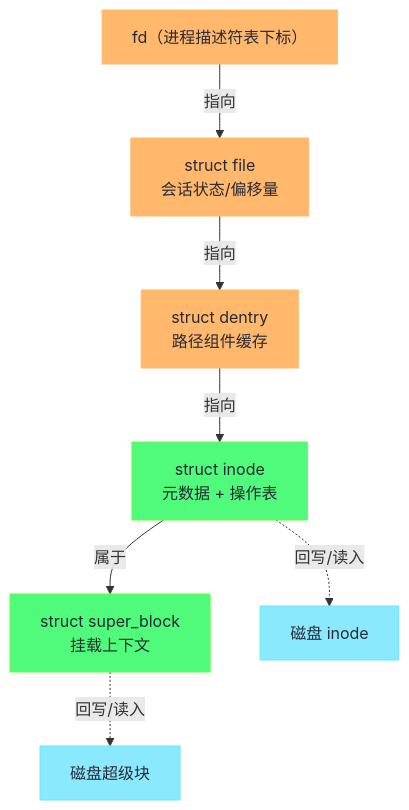
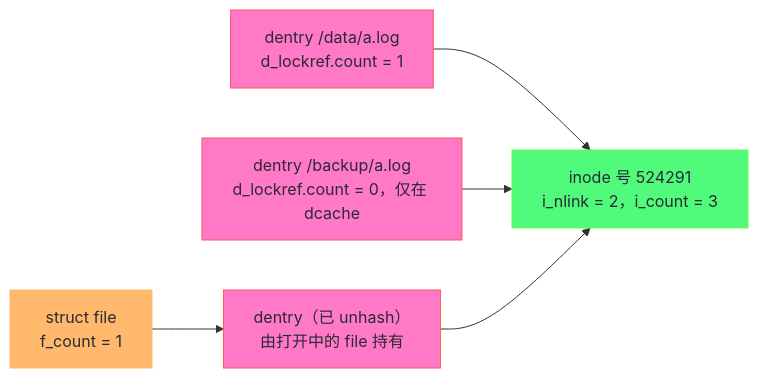
One commit to hpliStartAgain/my-brain changed the second of 6 diagrams in content/Linux/文件系统/02 VFS 虚拟文件系统——超级块、inode、dentry 与 file.md. Above: the diagram before and after it, drawn with Mermaid. The commit also changed other lines of this file and 455 other files, not shown here.

````diff
--- a/content/Linux/文件系统/02 VFS 虚拟文件系统——超级块、inode、dentry 与 file.md
+++ b/content/Linux/文件系统/02 VFS 虚拟文件系统——超级块、inode、dentry 与 file.md
@@ -46,19 +150,18 @@
 ```mermaid
 %%{init: {'theme': 'dracula'}}%%
-flowchart TB
-    classDef disk fill:#8be9fd,stroke:#6be5fd,color:#282a36
-    classDef mem fill:#ffb86c,stroke:#ffb86c,color:#282a36
-    classDef meta fill:#50fa7b,stroke:#69ff47,color:#282a36
+flowchart LR
+    classDef name fill:#ff79c6,stroke:#ff5555,color:#282a36
+    classDef obj fill:#50fa7b,stroke:#69ff47,color:#282a36
+    classDef hold fill:#ffb86c,stroke:#ffb86c,color:#282a36
 
-    FD["fd（进程描述符表下标）"]:::mem
-    F["struct file<br/>会话状态/偏移量"]:::mem
-    D["struct dentry<br/>路径组件缓存"]:::mem
-    I["struct inode<br/>元数据 + 操作表"]:::meta
-    SB["struct super_block<br/>挂载上下文"]:::meta
-    DI["磁盘 inode"]:::disk
-    DSK["磁盘超级块"]:::disk
+    D1["dentry /data/a.log<br/>d_lockref.count = 1"]:::name
+    D2["dentry /backup/a.log<br/>d_lockref.count = 0，仅在 dcache"]:::name
+    D3["dentry（已 unhash）<br/>由打开中的 file 持有"]:::name
+    I["inode 号 524291<br/>i_nlink = 2，i_count = 3"]:::obj
+    F["struct file<br/>f_count = 1"]:::hold
 
-    FD -->|指向| F -->|指向| D -->|指向| I -->|属于| SB
-    I -.->|回写/读入| DI
-    SB -.->|回写/读入| DSK
+    D1 --> I
+    D2 --> I
+    D3 --> I
+    F --> D3
 ```
````
